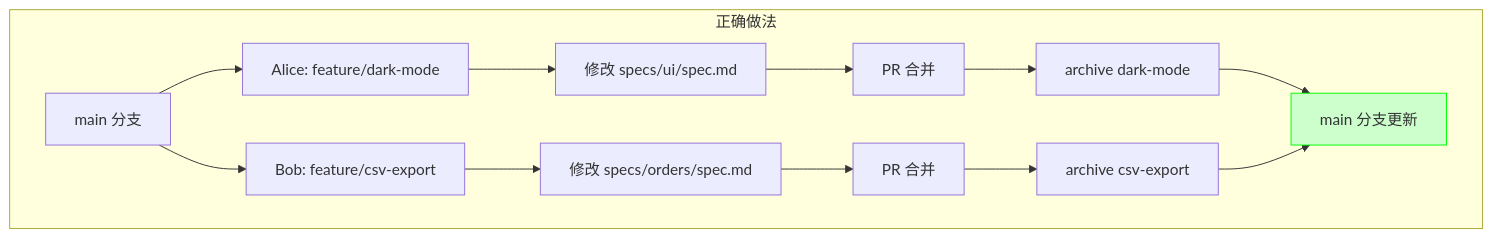
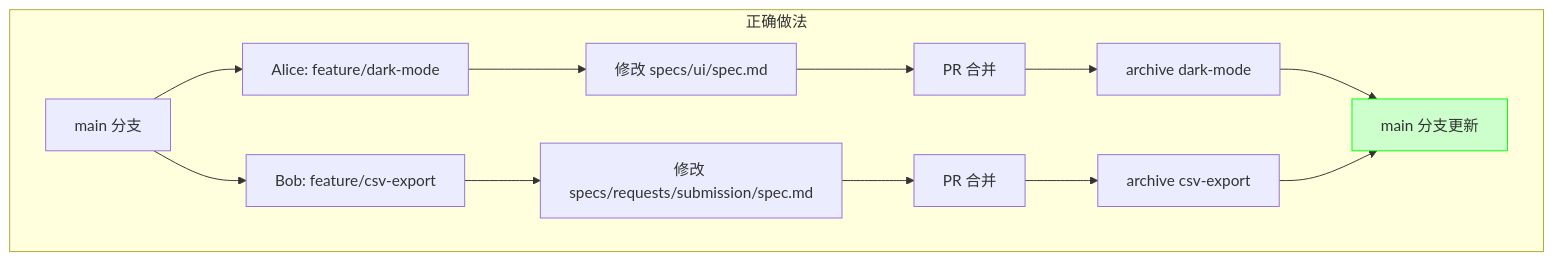
One commit to ethan-jiang-3/OpenSpec changed the first of 6 diagrams in _openspec_handbook/15-实战-多人协作与Git工作流.md. Above: the diagram before and after it, drawn with Mermaid. The commit also changed other lines of this file and 19 other files, not shown here.

````diff
--- a/_openspec_handbook/15-实战-多人协作与Git工作流.md
+++ b/_openspec_handbook/15-实战-多人协作与Git工作流.md
@@ -128,16 +128,16 @@
 ```mermaid
 graph TB
     subgraph 正确做法
     A1["main 分支"] --> B1[Alice: feature/dark-mode]
     A1 --> C1[Bob: feature/csv-export]
     B1 --> D1[修改 specs/ui/spec.md]
-    C1 --> E1[修改 specs/orders/spec.md]
+    C1 --> E1[修改 specs/requests/submission/spec.md]
     D1 --> F1[PR 合并]
     E1 --> G1[PR 合并]
     F1 --> H1[archive dark-mode]
     G1 --> I1[archive csv-export]
     H1 --> J1[main 分支更新]
     I1 --> J1
     end
     style J1 fill:#ccffcc,stroke:#00ff00
 ```
````
